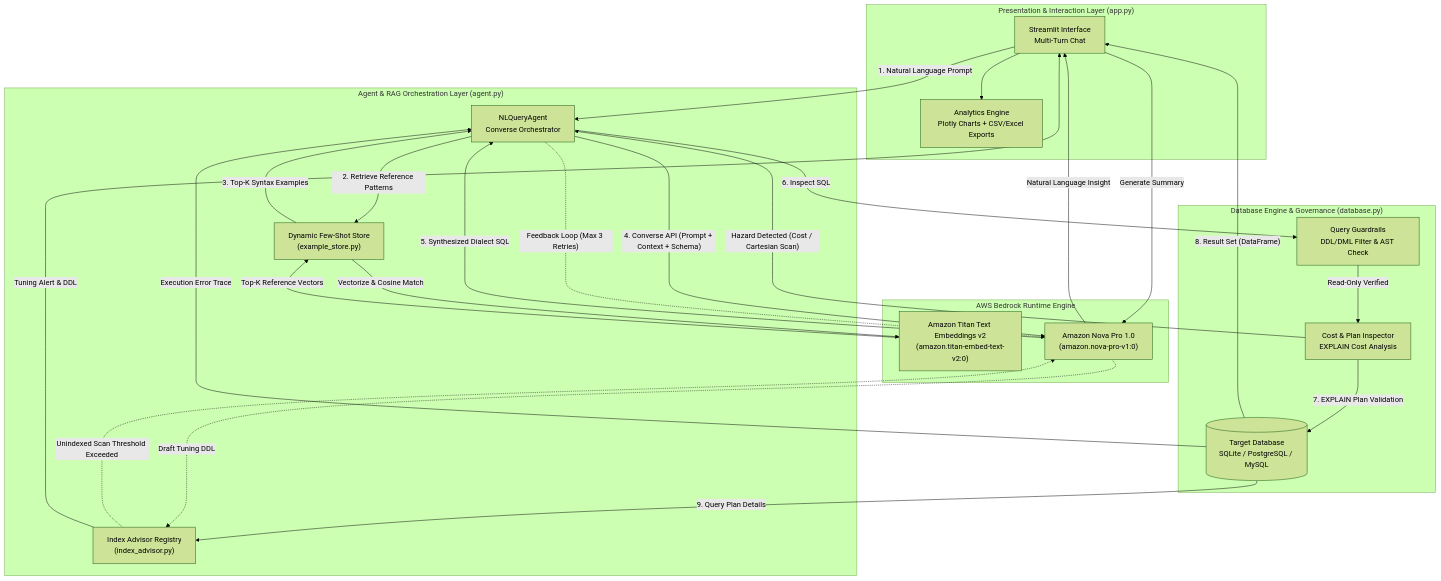
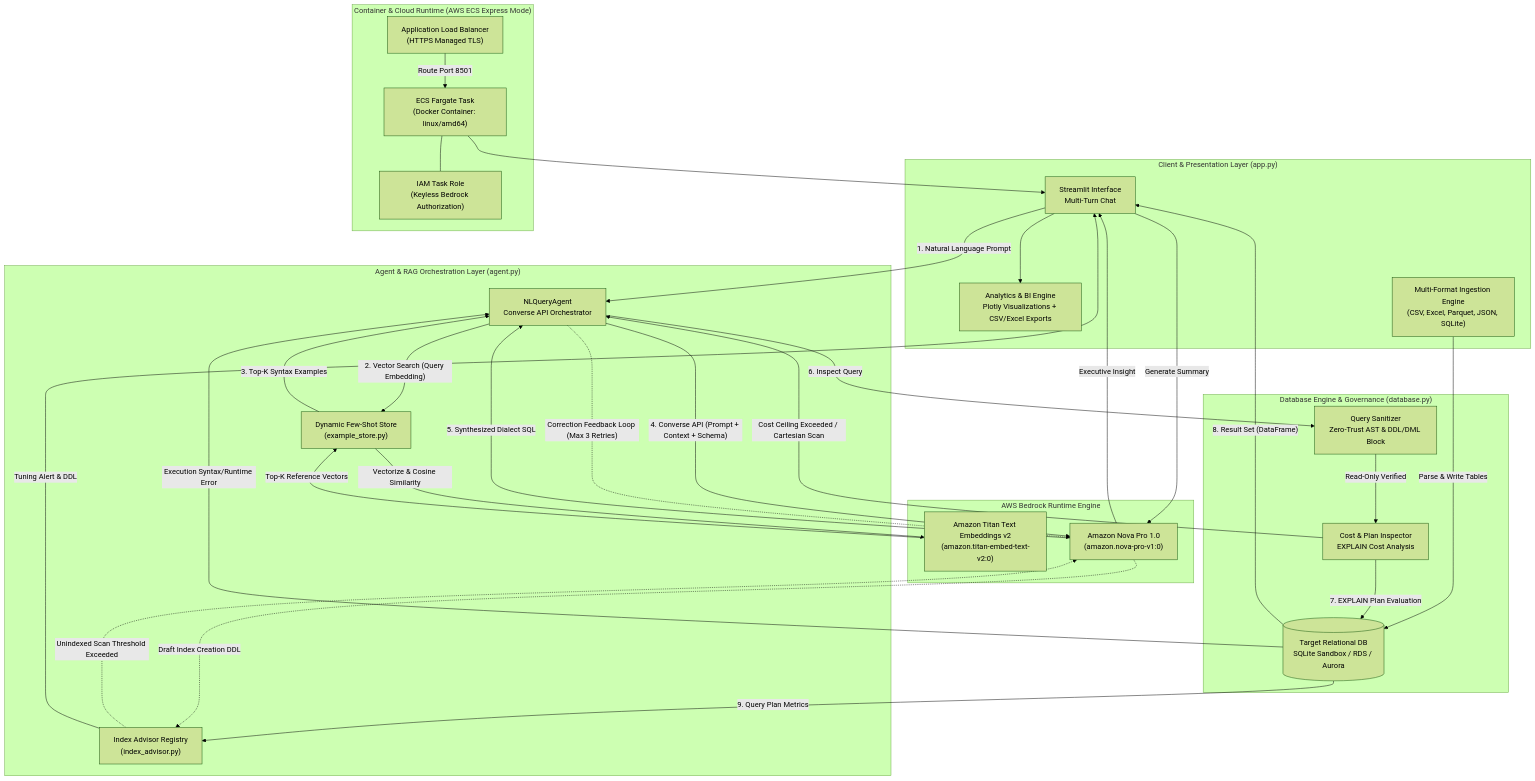
One commit to kkaustav/query-agent changed the diagram in README.md. Above: the diagram before and after it, drawn with Mermaid (forest theme). The commit also changed other lines of this file and 3 other files, not shown here.

Commit message:
feat: add multi-format data ingestion, clean UI, Dockerfile, and ECS Express Mode architecture

````diff
--- a/README.md
+++ b/README.md
@@ -19,59 +20,74 @@
 ```mermaid
 flowchart TD
-    subgraph Presentation["Presentation & Interaction Layer (app.py)"]
+    subgraph Client["Client & Presentation Layer (app.py)"]
         UI["Streamlit Interface<br/>Multi-Turn Chat"]
-        Visuals["Analytics Engine<br/>Plotly Charts + CSV/Excel Exports"]
+        Visuals["Analytics & BI Engine<br/>Plotly Visualizations + CSV/Excel Exports"]
+        Uploader["Multi-Format Ingestion Engine<br/>(CSV, Excel, Parquet, JSON, SQLite)"]
+    end
+
+    subgraph Infrastructure["Container & Cloud Runtime (AWS ECS Express Mode)"]
+        ALB["Application Load Balancer<br/>(HTTPS Managed TLS)"]
+        ECSTask["ECS Fargate Task<br/>(Docker Container: linux/amd64)"]
+        IAMRole["IAM Task Role<br/>(Keyless Bedrock Authorization)"]
     end
 
     subgraph Intelligence["Agent & RAG Orchestration Layer (agent.py)"]
-        Agent["NLQueryAgent<br/>Converse Orchestrator"]
+        Agent["NLQueryAgent<br/>Converse API Orchestrator"]
         VectorStore["Dynamic Few-Shot Store<br/>(example_store.py)"]
         Advisor["Index Advisor Registry<br/>(index_advisor.py)"]
     end
 
     subgraph FoundationModels["AWS Bedrock Runtime Engine"]
         Titan["Amazon Titan Text Embeddings v2<br/>(amazon.titan-embed-text-v2:0)"]
         Nova["Amazon Nova Pro 1.0<br/>(amazon.nova-pro-v1:0)"]
     end
 
     subgraph DataGovernance["Database Engine & Governance (database.py)"]
-        Guardrails["Query Guardrails<br/>DDL/DML Filter & AST Check"]
+        Guardrails["Query Sanitizer<br/>Zero-Trust AST & DDL/DML Block"]
         PlannerCost["Cost & Plan Inspector<br/>EXPLAIN Cost Analysis"]
-        DB[(Target Database<br/>SQLite / PostgreSQL / MySQL)]
+        DB[(Target Relational DB<br/>SQLite Sandbox / RDS / Aurora)]
     end
 
-    %% User Interaction
+    %% Ingestion Flow
+    Uploader -->|"Parse & Write Tables"| DB
+
+    %% Network Routing
+    ALB -->|"Route Port 8501"| ECSTask
+    ECSTask --- IAMRole
+    ECSTask --> UI
+
+    %% Query Pipeline
     UI -->|"1. Natural Language Prompt"| Agent
 
-    %% Retrieval Augmented Generation
-    Agent -->|"2. Retrieve Reference Patterns"| VectorStore
-    VectorStore -->|"Vectorize & Cosine Match"| Titan
+    %% Dynamic Few-Shot RAG
+    Agent -->|"2. Vector Search (Query Embedding)"| VectorStore
+    VectorStore -->|"Vectorize & Cosine Similarity"| Titan
     Titan -->|"Top-K Reference Vectors"| VectorStore
     VectorStore -->|"3. Top-K Syntax Examples"| Agent
 
-    %% Initial SQL Synthesis
+    %% SQL Synthesis
     Agent -->|"4. Converse API (Prompt + Context + Schema)"| Nova
     Nova -->|"5. Synthesized Dialect SQL"| Agent
 
-    %% Validation & Cost Inspection
-    Agent -->|"6. Inspect SQL"| Guardrails
+    %% Governance & Guardrails
+    Agent -->|"6. Inspect Query"| Guardrails
     Guardrails -->|"Read-Only Verified"| PlannerCost
-    PlannerCost -->|"7. EXPLAIN Plan Validation"| DB
+    PlannerCost -->|"7. EXPLAIN Plan Evaluation"| DB
 
     %% Self-Healing Feedback Loop
-    PlannerCost -->|"Hazard Detected (Cost / Cartesian Scan)"| Agent
-    DB -->|"Execution Error Trace"| Agent
-    Agent -.->|"Feedback Loop (Max 3 Retries)"| Nova
+    PlannerCost -->|"Cost Ceiling Exceeded / Cartesian Scan"| Agent
+    DB -->|"Execution Syntax/Runtime Error"| Agent
+    Agent -.->|"Correction Feedback Loop (Max 3 Retries)"| Nova
 
     %% Execution & Advisory
     DB -->|"8. Result Set (DataFrame)"| UI
-    DB -->|"9. Query Plan Details"| Advisor
+    DB -->|"9. Query Plan Metrics"| Advisor
     Advisor -.->|"Unindexed Scan Threshold Exceeded"| Nova
-    Nova -.->|"Draft Tuning DDL"| Advisor
+    Nova -.->|"Draft Index Creation DDL"| Advisor
     Advisor -->|"Tuning Alert & DDL"| UI
 
-    %% Insight Synthesis
+    %% BI & Reporting
     UI -->|"Generate Summary"| Nova
-    Nova -->|"Natural Language Insight"| UI
+    Nova -->|"Executive Insight"| UI
     UI --> Visuals
 ```
````
